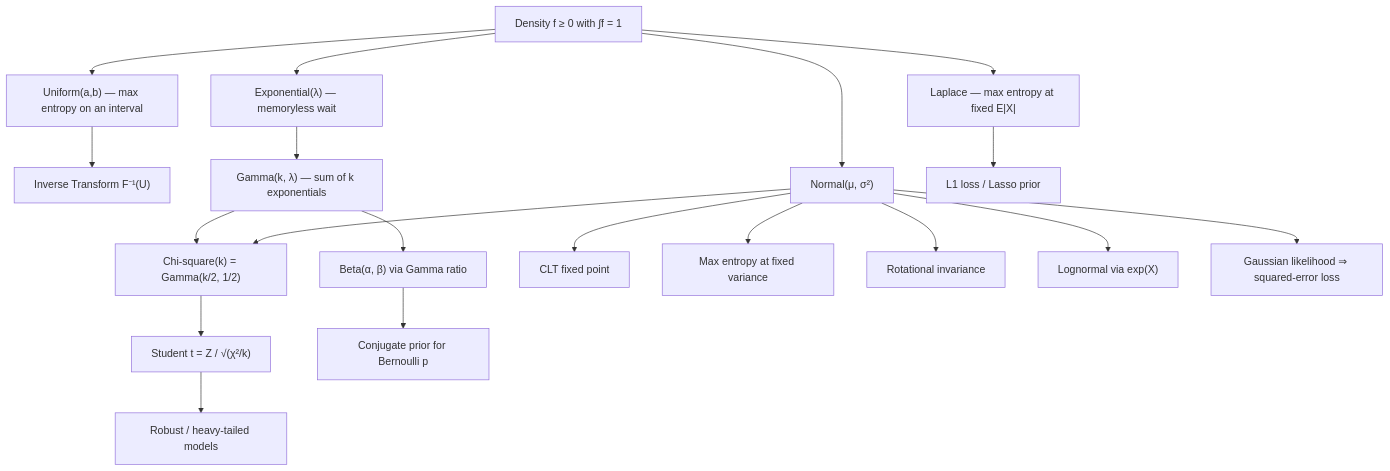
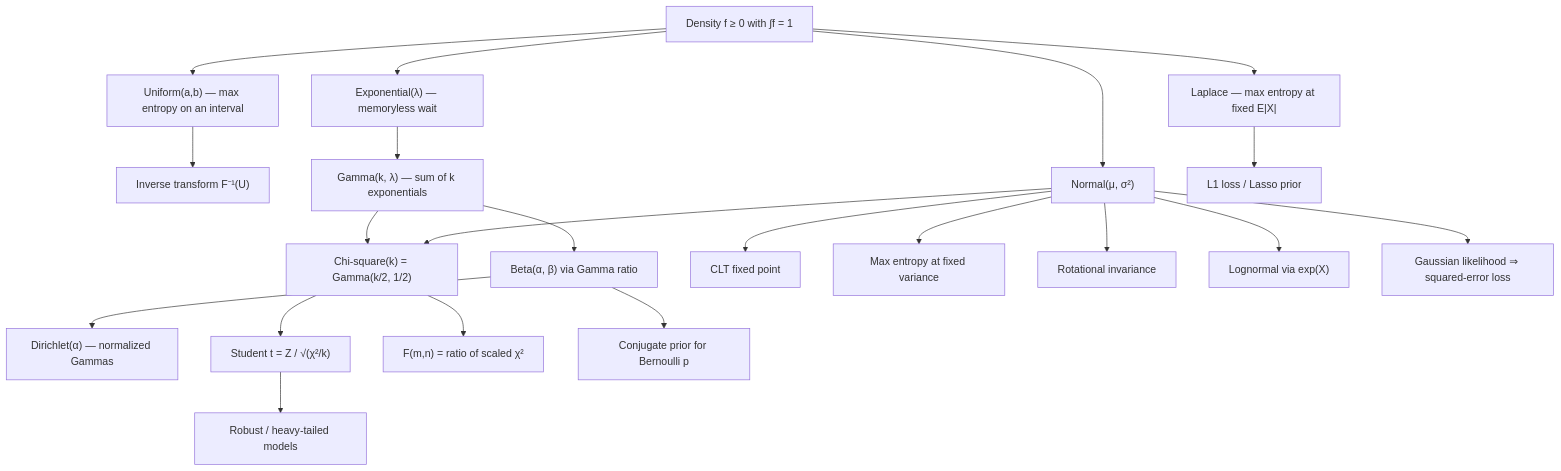
Before and after one commit to hien078/applied-mathematics-foundation: the diagram in probability_statistics/05_continuous_distributions/README.md, drawn with Mermaid. The commit also changed other lines of this file and 150 other files, not shown here.

````diff
--- a/probability_statistics/05_continuous_distributions/README.md
+++ b/probability_statistics/05_continuous_distributions/README.md
@@ -24,21 +67,23 @@
 ```mermaid
 graph TD
     A["Density f ≥ 0 with ∫f = 1"] --> B["Uniform(a,b) — max entropy on an interval"]
-    B --> C["Inverse Transform F⁻¹(U)"]
+    B --> C["Inverse transform F⁻¹(U)"]
     A --> D["Exponential(λ) — memoryless wait"]
     D --> E["Gamma(k, λ) — sum of k exponentials"]
     E --> F["Chi-square(k) = Gamma(k/2, 1/2)"]
     E --> G["Beta(α, β) via Gamma ratio"]
+    G --> S["Dirichlet(α) — normalized Gammas"]
     A --> H["Normal(μ, σ²)"]
     H --> I["CLT fixed point"]
     H --> J["Max entropy at fixed variance"]
     H --> K["Rotational invariance"]
     H --> F
     F --> L["Student t = Z / √(χ²/k)"]
+    F --> T["F(m,n) = ratio of scaled χ²"]
     L --> M["Robust / heavy-tailed models"]
     H --> N["Lognormal via exp(X)"]
     A --> O["Laplace — max entropy at fixed E|X|"]
     O --> P["L1 loss / Lasso prior"]
     G --> Q["Conjugate prior for Bernoulli p"]
     H --> R["Gaussian likelihood ⇒ squared-error loss"]
 ```
````
